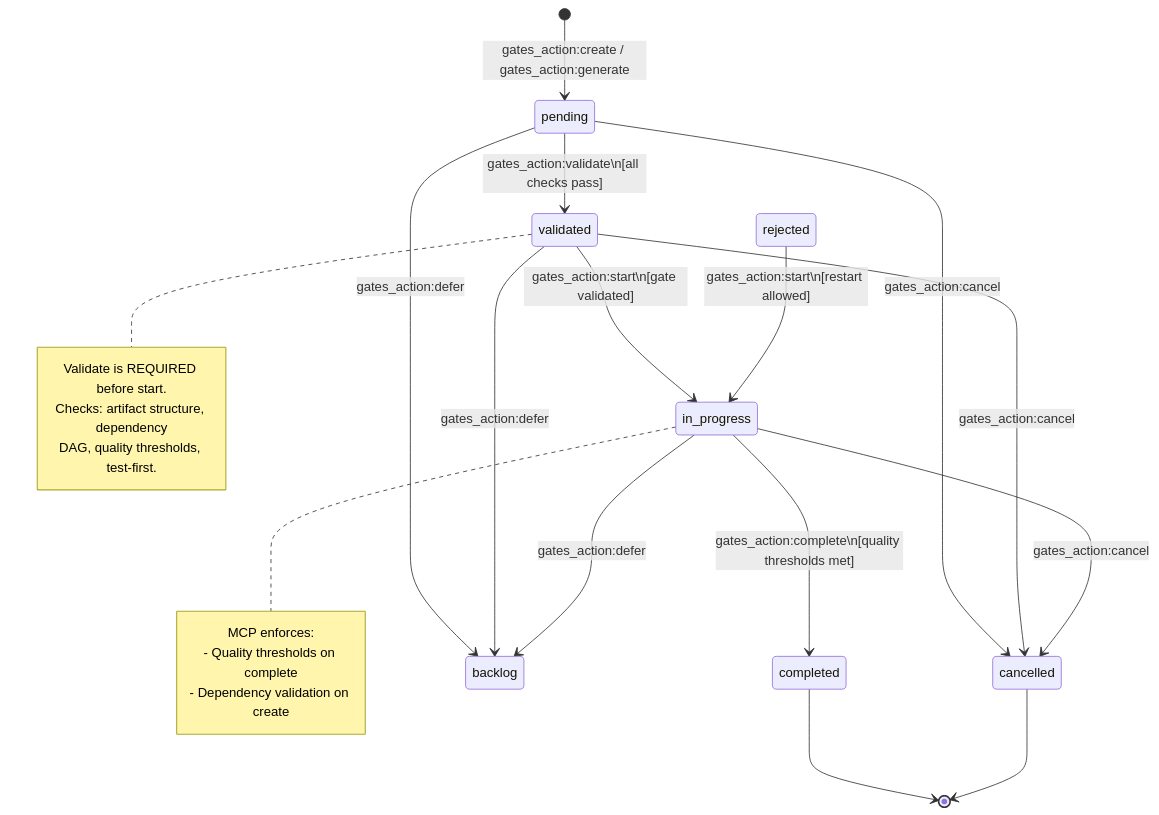
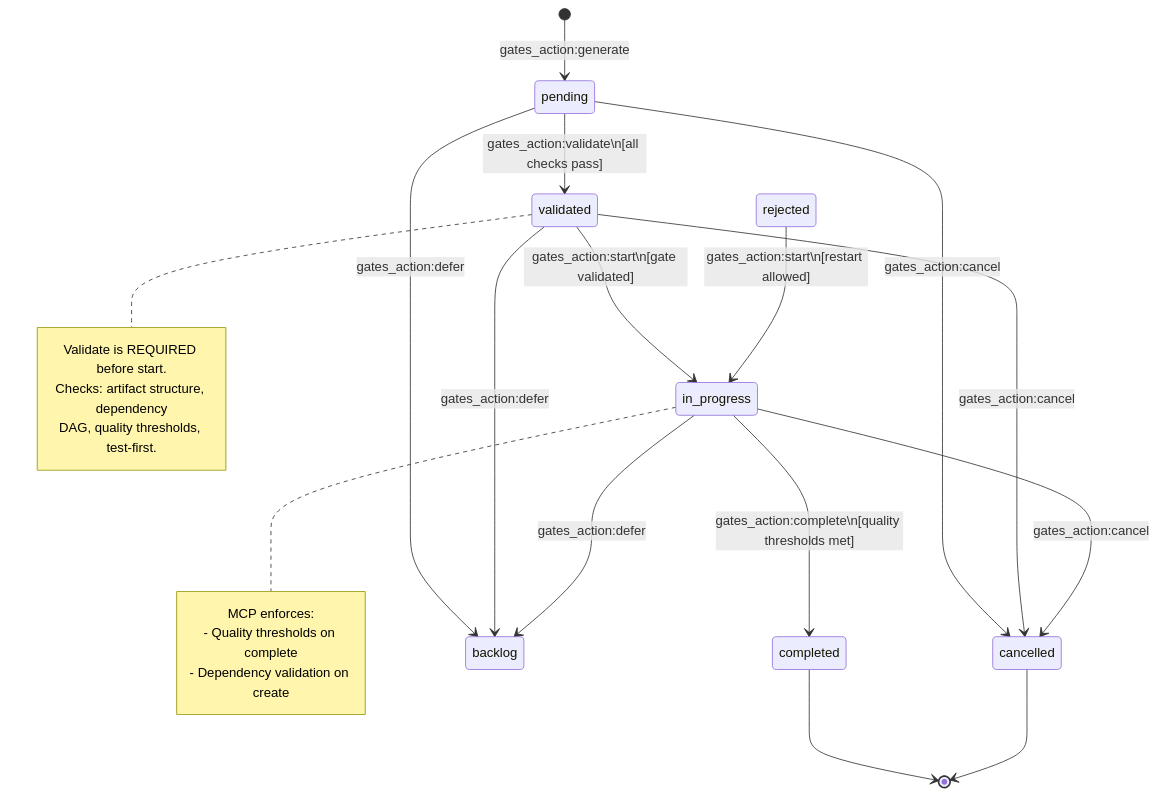
One commit to Duccci/Zenos-Planner changed the first of 2 diagrams in zeno/architecture/mcp-workflows.md. Above: the diagram before and after it, drawn with Mermaid. The commit also changed 37 other files, not shown here.

````diff
--- a/zeno/architecture/mcp-workflows.md
+++ b/zeno/architecture/mcp-workflows.md
@@ -26,27 +26,27 @@
 ```mermaid
 stateDiagram-v2
-    [*] --> pending : gates_action:create / gates_action:generate
+    [*] --> pending : gates_action:generate
     pending --> validated : gates_action:validate\n[all checks pass]
     pending --> cancelled : gates_action:cancel
     pending --> backlog : gates_action:defer
     validated --> in_progress : gates_action:start\n[gate validated]
     validated --> cancelled : gates_action:cancel
     validated --> backlog : gates_action:defer
     in_progress --> completed : gates_action:complete\n[quality thresholds met]
     in_progress --> cancelled : gates_action:cancel
     in_progress --> backlog : gates_action:defer
     rejected --> in_progress : gates_action:start\n[restart allowed]
     completed --> [*]
     cancelled --> [*]
 
     note right of validated
         Validate is REQUIRED before start.
         Checks: artifact structure, dependency
         DAG, quality thresholds, test-first.
     end note
     note right of in_progress
         MCP enforces:
         - Quality thresholds on complete
         - Dependency validation on create
     end note
 ```
````
